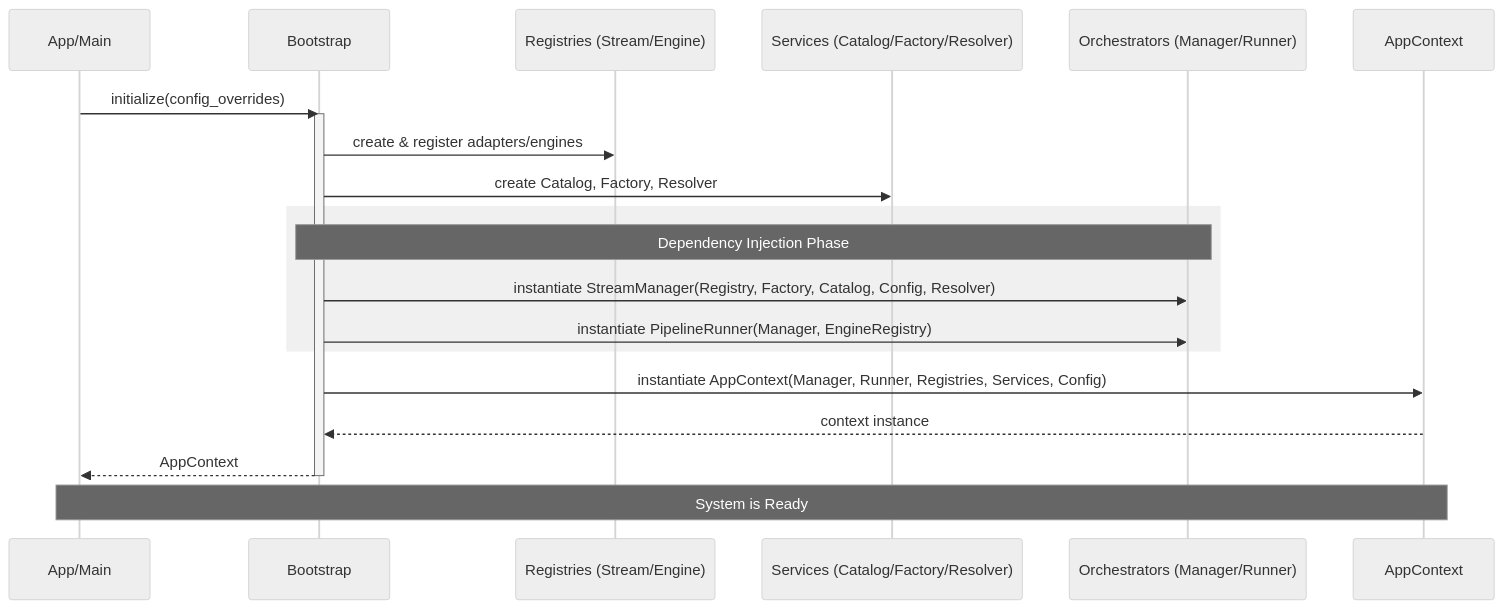
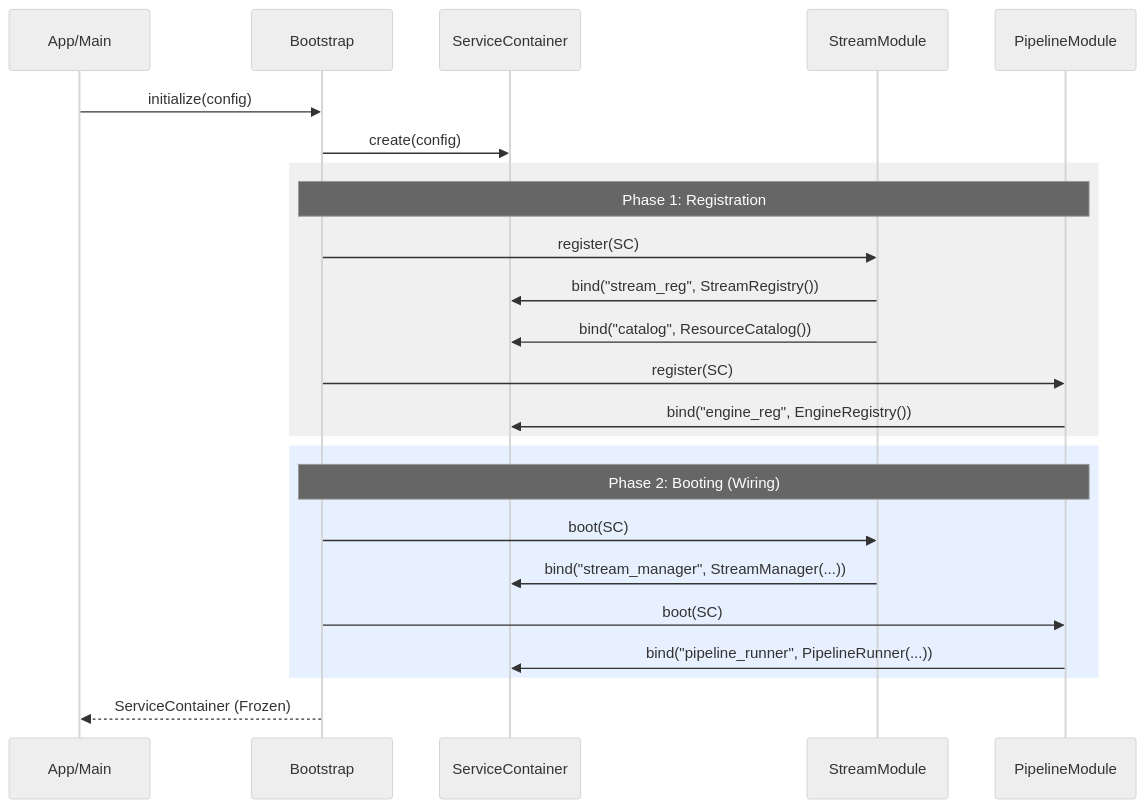
Before and after one commit to mnaatjes/etl-pipeline: the second of 2 diagrams in docs/architecture_map.md, drawn with Mermaid (neutral theme). The commit also changed other lines of this file and 3 other files, not shown here.

Commit message:
moving to service container

````diff
--- a/docs/architecture_map.md
+++ b/docs/architecture_map.md
@@ -313,29 +107,30 @@
 ```mermaid
 sequenceDiagram
     participant App as App/Main
     participant B as Bootstrap
-    participant R as Registries (Stream/Engine)
-    participant S as Services (Catalog/Factory/Resolver)
-    participant O as Orchestrators (Manager/Runner)
-    participant AC as AppContext
+    participant SC as ServiceContainer
+    participant SM as StreamModule
+    participant PM as PipelineModule
 
-    App->>B: initialize(config_overrides)
-    
-    activate B
-    B->>R: create & register adapters/engines
-    B->>S: create Catalog, Factory, Resolver
+    App->>B: initialize(config)
+    B->>SC: create(config)
     
     rect rgb(240, 240, 240)
-    Note over B, O: Dependency Injection Phase
-    B->>O: instantiate StreamManager(Registry, Factory, Catalog, Config, Resolver)
-    B->>O: instantiate PipelineRunner(Manager, EngineRegistry)
+    Note over B, PM: Phase 1: Registration
+    B->>SM: register(SC)
+    SM->>SC: bind("stream_reg", StreamRegistry())
+    SM->>SC: bind("catalog", ResourceCatalog())
+    B->>PM: register(SC)
+    PM->>SC: bind("engine_reg", EngineRegistry())
     end
 
-    B->>AC: instantiate AppContext(Manager, Runner, Registries, Services, Config)
-    AC-->>B: context instance
-    
-    B-->>App: AppContext
-    deactivate B
+    rect rgb(230, 240, 255)
+    Note over B, PM: Phase 2: Booting (Wiring)
+    B->>SM: boot(SC)
+    SM->>SC: bind("stream_manager", StreamManager(...))
+    B->>PM: boot(SC)
+    PM->>SC: bind("pipeline_runner", PipelineRunner(...))
+    end
 
-    Note over App, AC: System is Ready
+    B-->>App: ServiceContainer (Frozen)
 ```
````
